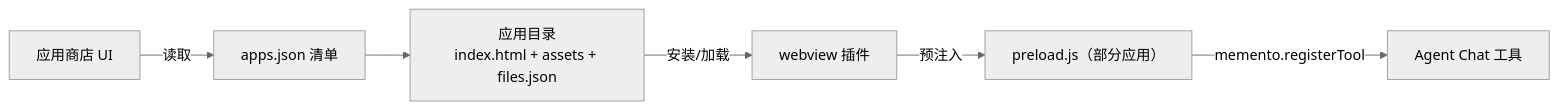
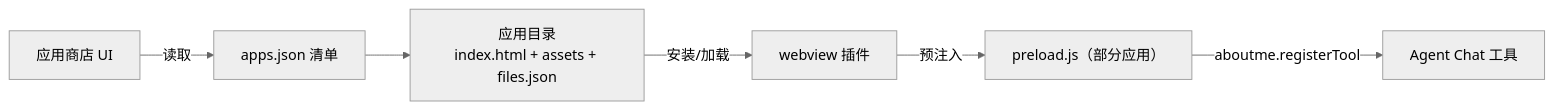
One commit to hunmer/about-me changed the diagram in online/claude/overview.md. Above: the diagram before and after it, drawn with Mermaid (neutral theme). The commit also changed other lines of this file and 1650 other files, not shown here.

````diff
--- a/online/claude/overview.md
+++ b/online/claude/overview.md
@@ -9,8 +9,8 @@
 ```mermaid
 graph LR
     Store[应用商店 UI] -->|读取| J[apps.json 清单]
     J --> D[应用目录<br/>index.html + assets + files.json]
     D -->|安装/加载| WV[webview 插件]
     WV -->|预注入| P[preload.js（部分应用）]
-    P -->|memento.registerTool| AC[Agent Chat 工具]
+    P -->|aboutme.registerTool| AC[Agent Chat 工具]
 ```
````
